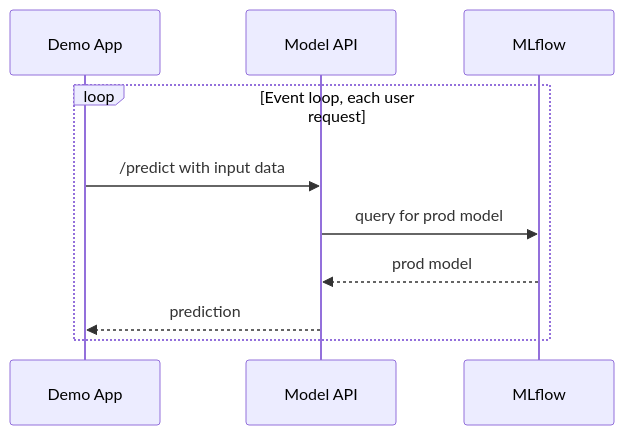
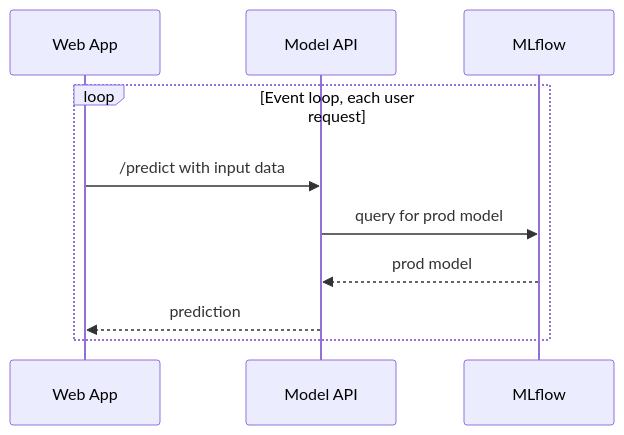
Before and after one commit to DataScientest-Studio/sep26_bmlops_int_financial_pred: the second of 2 diagrams in references/architecture.md, drawn with Mermaid. The commit also changed other lines of this file and 15 other files, not shown here.

````diff
--- a/references/architecture.md
+++ b/references/architecture.md
@@ -43,13 +43,13 @@
 ```mermaid
 sequenceDiagram
-    participant App as Demo App
+    participant App as Web App
     participant API as Model API
     participant ML as MLflow
 
     loop Event loop, each user request
         App->>API: /predict with input data
         API->>ML: query for prod model
         ML-->>API: prod model
         API-->>App: prediction
     end
 ```
````
